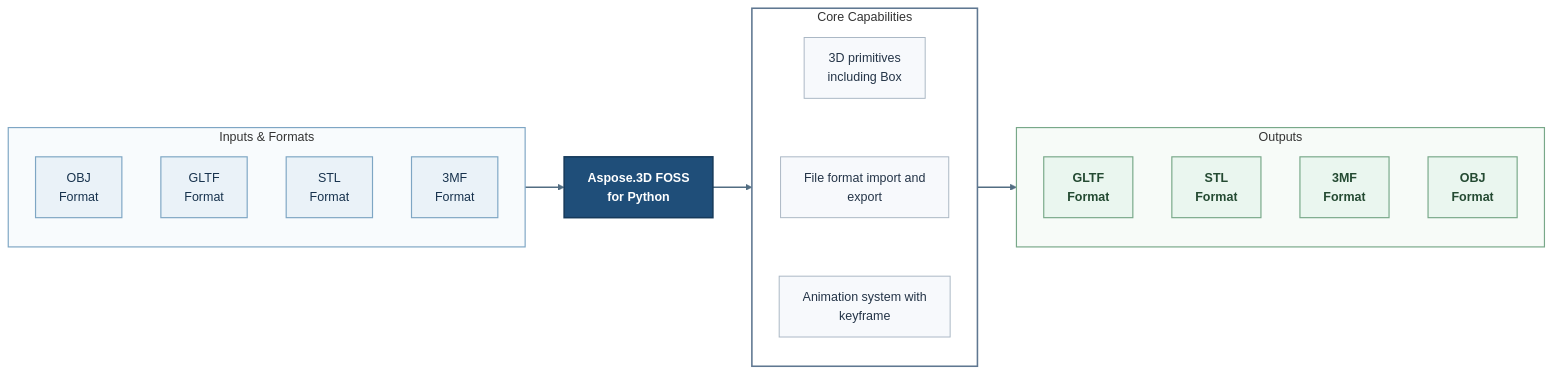
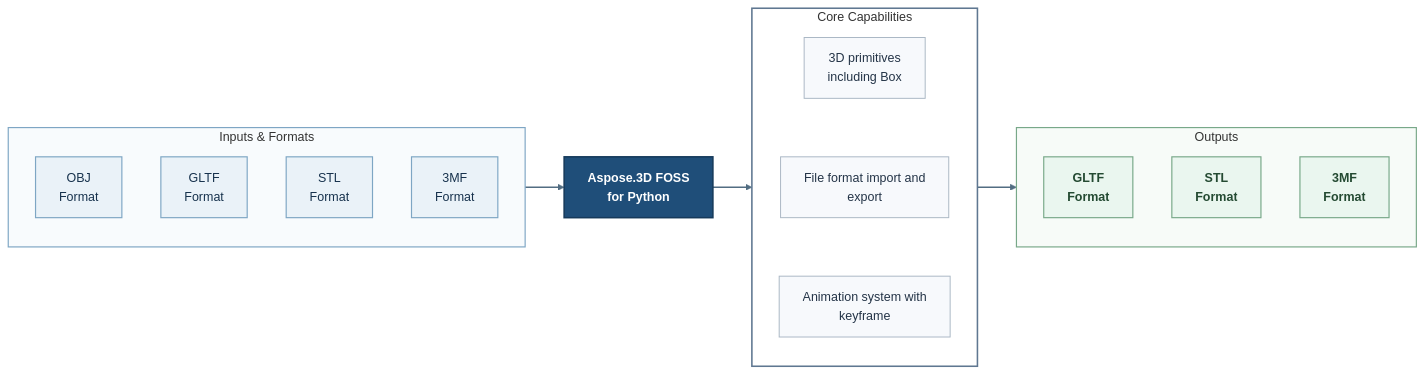
One commit to babar-raza/foss-readme-optimizer changed the diagram in plans/investigations/evidence/qwen-section-engine-integration/candidate.md. Above: the diagram before and after it, drawn with Mermaid. The commit also changed other lines of this file and 9 other files, not shown here.

````diff
--- a/plans/investigations/evidence/qwen-section-engine-integration/candidate.md
+++ b/plans/investigations/evidence/qwen-section-engine-integration/candidate.md
@@ -25,41 +25,40 @@
 ```mermaid
 flowchart LR
   subgraph INPUTS["Inputs & Formats"]
     direction TB
     I1["OBJ<br/>Format"]
     I2["GLTF<br/>Format"]
     I3["STL<br/>Format"]
     I4["3MF<br/>Format"]
   end
   PRODUCT["Aspose.3D FOSS<br/>for Python"]
   subgraph CORE["Core Capabilities"]
     direction TB
     C1["3D primitives<br/>including Box"]
     C2["File format import and<br/>export"]
     C3["Animation system with<br/>keyframe"]
     C1 ~~~ C2
     C2 ~~~ C3
   end
   subgraph OUTPUTS["Outputs"]
     direction TB
     O1["GLTF<br/>Format"]
     O2["STL<br/>Format"]
     O3["3MF<br/>Format"]
-    O4["OBJ<br/>Format"]
   end
   I1 --> PRODUCT
   PRODUCT --> CORE
   CORE --> O1
   classDef product fill:#1F4E79,color:#FFFFFF,stroke:#163A5B,stroke-width:2px,font-weight:bold;
   classDef input fill:#EAF2F8,color:#17324D,stroke:#7EA6C4,stroke-width:1.5px;
   classDef capability fill:#F7F9FC,color:#243447,stroke:#AAB7C4,stroke-width:1.25px;
   classDef output fill:#EAF6EF,color:#244A32,stroke:#78A889,stroke-width:1.5px,font-weight:bold;
   class PRODUCT product;
   class I1,I2,I3,I4 input;
   class C1,C2,C3 capability;
-  class O1,O2,O3,O4 output;
+  class O1,O2,O3 output;
   style INPUTS fill:#F8FBFD,stroke:#7EA6C4,stroke-width:1.5px
   style CORE fill:#FFFFFF,stroke:#5F7791,stroke-width:2px
   style OUTPUTS fill:#F7FBF8,stroke:#78A889,stroke-width:1.5px
   linkStyle 2,3,4 stroke:#526D82,stroke-width:2px
 ```
````
